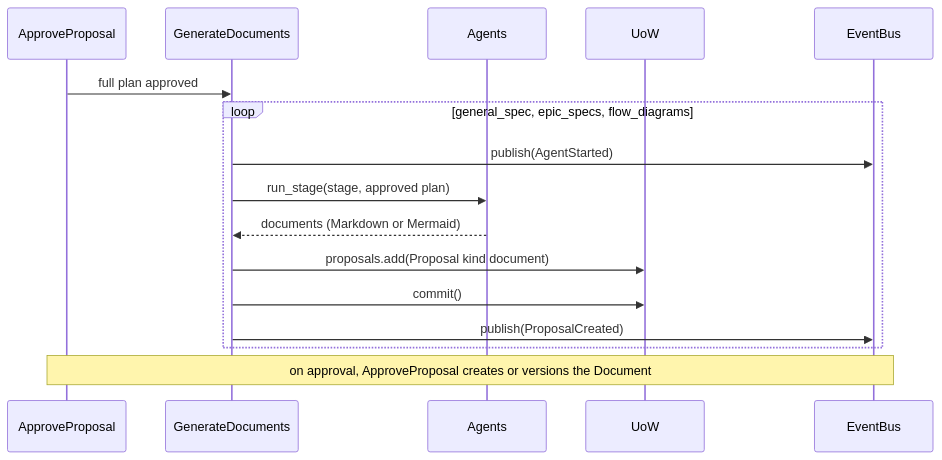
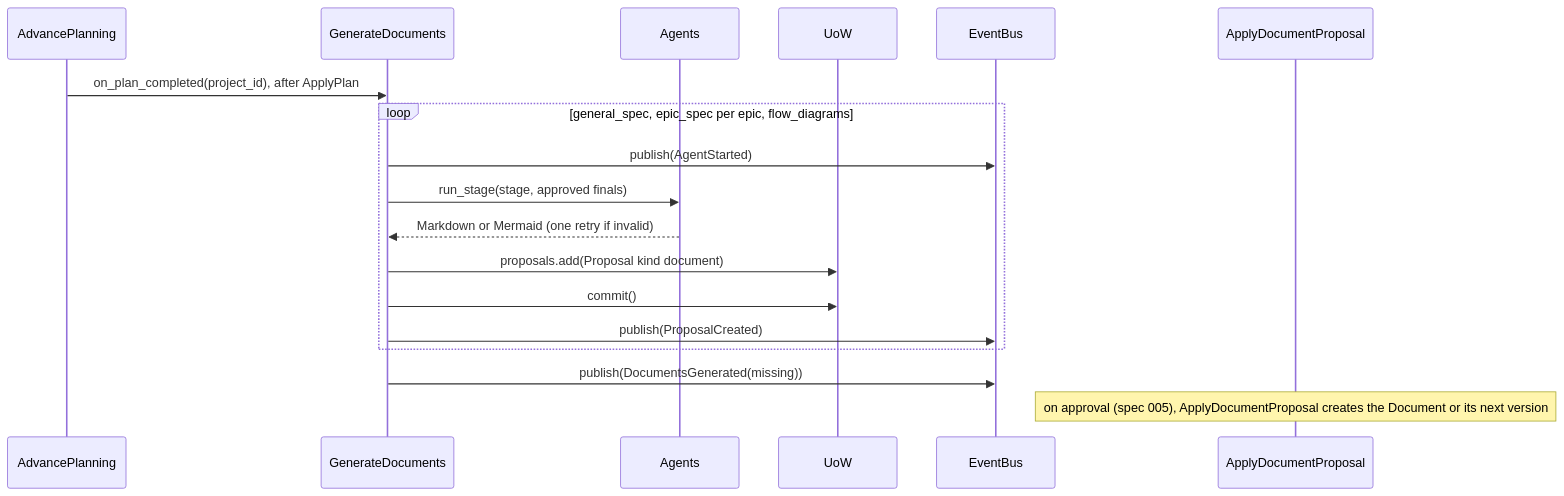
Diagram 12 of 18 in plan/use-cases.md (Mitchz01/TransparencIA), drawn with Mermaid before and after one commit. The commit also changed other lines of this file and 2 other files, not shown here.

Commit message:
Document spec 006's backend implementation and update UC-08

````diff
--- a/plan/use-cases.md
+++ b/plan/use-cases.md
@@ -411,19 +411,21 @@
 ```mermaid
 sequenceDiagram
-    participant AP as ApproveProposal
+    participant AP as AdvancePlanning
     participant UC as GenerateDocuments
     participant AG as Agents
     participant UoW
     participant Bus as EventBus
+    participant AD as ApplyDocumentProposal
 
-    AP->>UC: full plan approved
-    loop general_spec, epic_specs, flow_diagrams
+    AP->>UC: on_plan_completed(project_id), after ApplyPlan
+    loop general_spec, epic_spec per epic, flow_diagrams
         UC->>Bus: publish(AgentStarted)
-        UC->>AG: run_stage(stage, approved plan)
-        AG-->>UC: documents (Markdown or Mermaid)
+        UC->>AG: run_stage(stage, approved finals)
+        AG-->>UC: Markdown or Mermaid (one retry if invalid)
         UC->>UoW: proposals.add(Proposal kind document)
         UC->>UoW: commit()
         UC->>Bus: publish(ProposalCreated)
     end
-    Note over AP,Bus: on approval, ApproveProposal creates or versions the Document
+    UC->>Bus: publish(DocumentsGenerated(missing))
+    Note over AD: on approval (spec 005), ApplyDocumentProposal creates the Document or its next version
 ```
````
